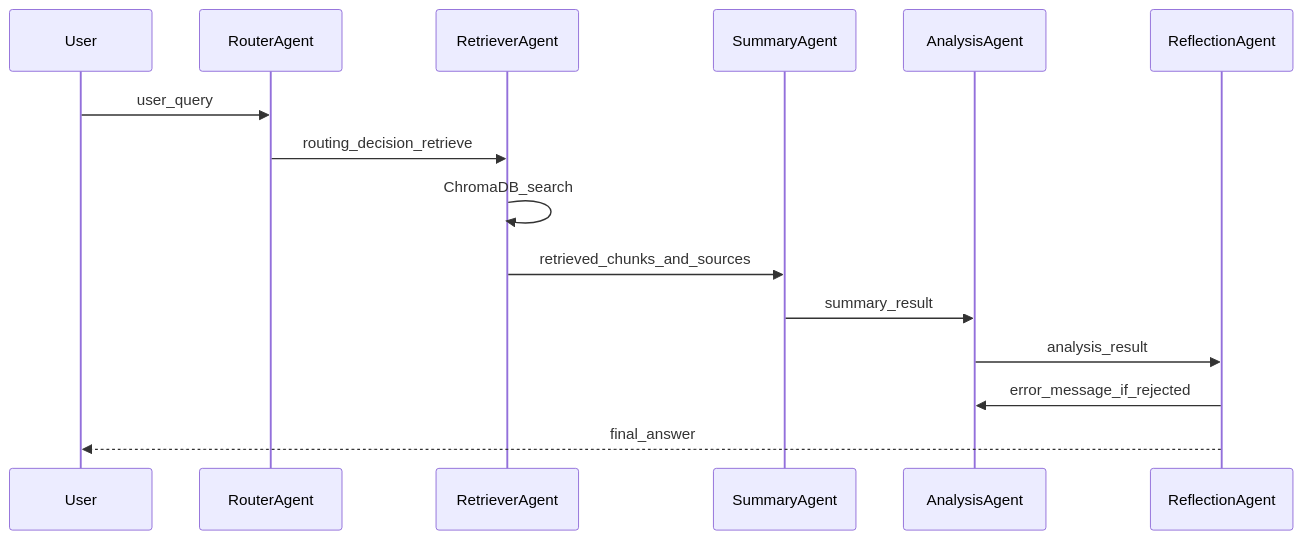
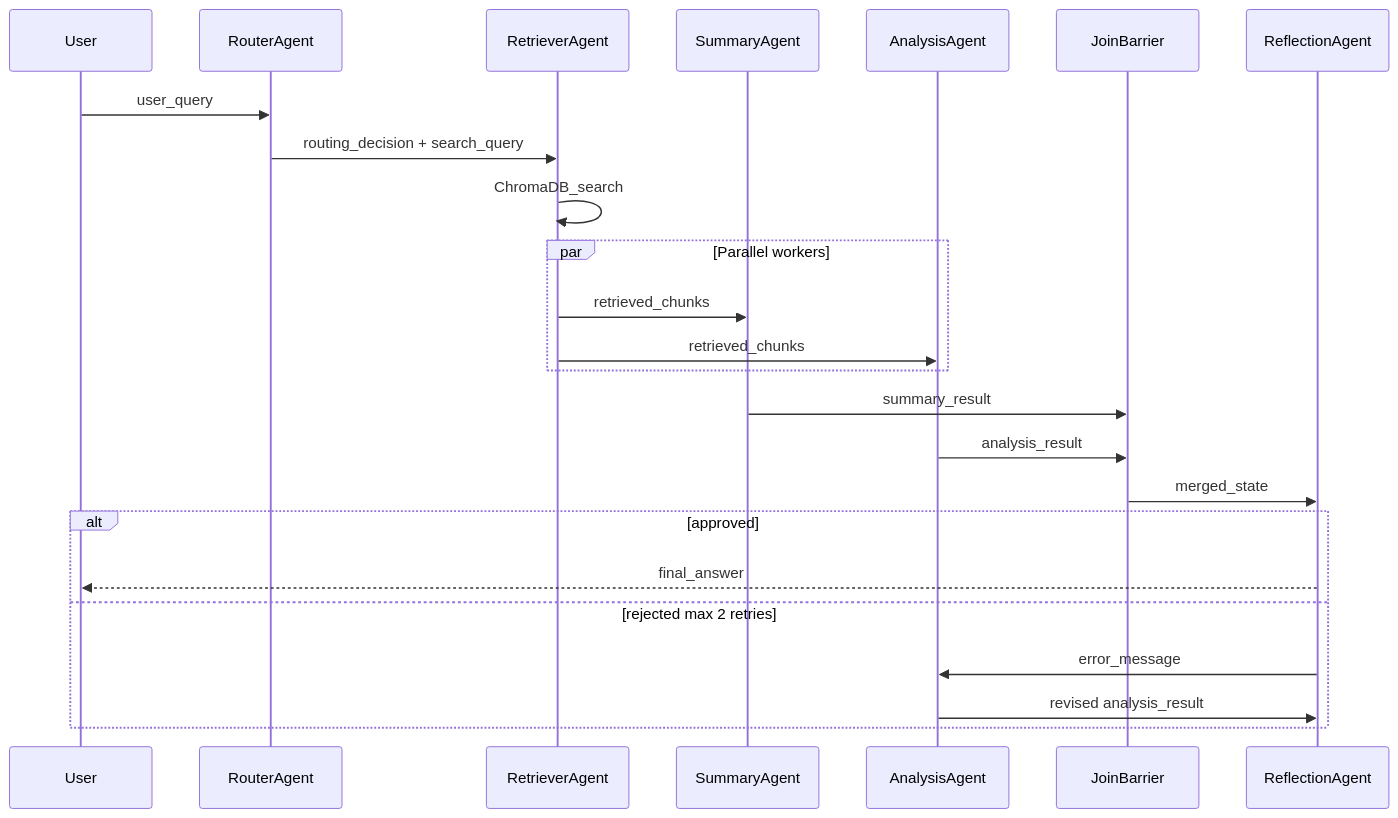
Before and after one commit to NethminaSeeman/SatorIQ: the second of 2 diagrams in README.md, drawn with Mermaid. The commit also changed other lines of this file and 1 other file, not shown here.

First line of the commit message:
docs: align README and architecture diagram with parallel workflow

````diff
--- a/README.md
+++ b/README.md
@@ -73,17 +81,26 @@
 ```mermaid
 sequenceDiagram
   participant User as User
   participant Router as RouterAgent
   participant Retriever as RetrieverAgent
   participant Summary as SummaryAgent
   participant Analysis as AnalysisAgent
+  participant Join as JoinBarrier
   participant Reflection as ReflectionAgent
   User->>Router: user_query
-  Router->>Retriever: routing_decision_retrieve
+  Router->>Retriever: routing_decision + search_query
   Retriever->>Retriever: ChromaDB_search
-  Retriever->>Summary: retrieved_chunks_and_sources
-  Summary->>Analysis: summary_result
-  Analysis->>Reflection: analysis_result
-  Reflection->>Analysis: error_message_if_rejected
-  Reflection-->>User: final_answer
+  par Parallel workers
+    Retriever->>Summary: retrieved_chunks
+    Retriever->>Analysis: retrieved_chunks
+  end
+  Summary->>Join: summary_result
+  Analysis->>Join: analysis_result
+  Join->>Reflection: merged_state
+  alt approved
+    Reflection-->>User: final_answer
+  else rejected max 2 retries
+    Reflection->>Analysis: error_message
+    Analysis->>Reflection: revised analysis_result
+  end
 ```
````
